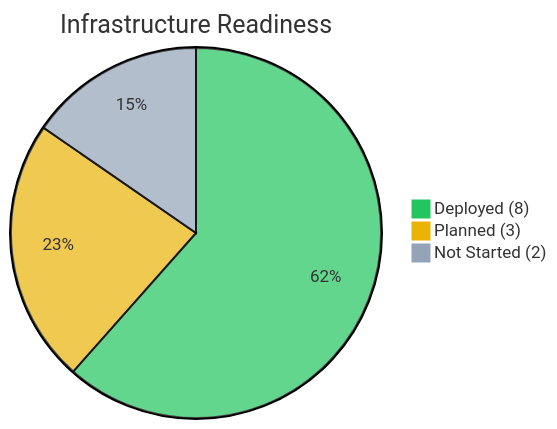
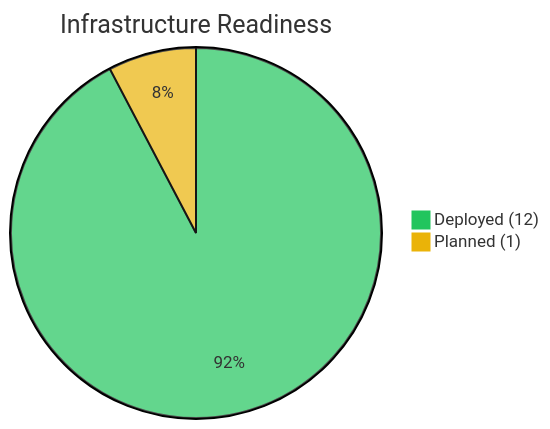
Before and after one commit to rime13-coder/confluence-documentation-framework: the diagram in diagrams/dashboard-infra-status.mmd, drawn with Mermaid. The commit also changed 20 other files, not shown here.

```diff
--- a/diagrams/dashboard-infra-status.mmd
+++ b/diagrams/dashboard-infra-status.mmd
@@ -1,5 +1,4 @@
-%%{init: {'theme': 'base', 'themeVariables': {'pie1': '#22c55e', 'pie2': '#eab308', 'pie3': '#94a3b8'}}}%%
+%%{init: {'theme': 'base', 'themeVariables': {'pie1': '#22c55e', 'pie2': '#eab308'}}}%%
 pie title Infrastructure Readiness
-    "Deployed (8)" : 8
-    "Planned (3)" : 3
-    "Not Started (2)" : 2
+    "Deployed (12)" : 12
+    "Planned (1)" : 1
```
